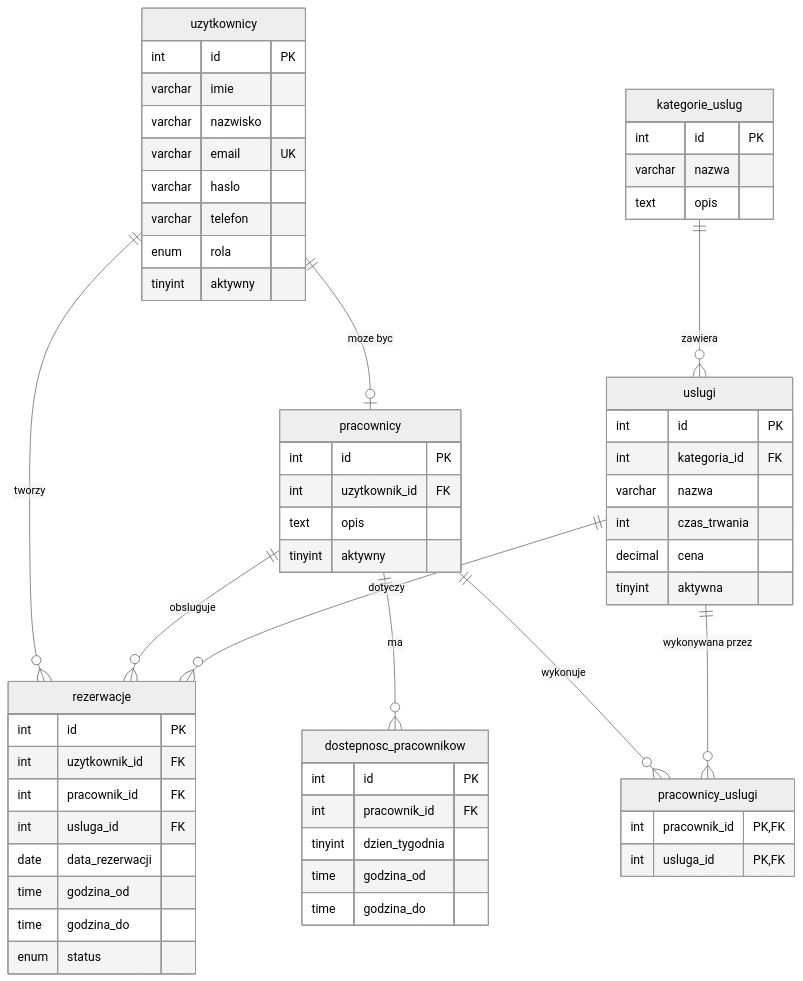
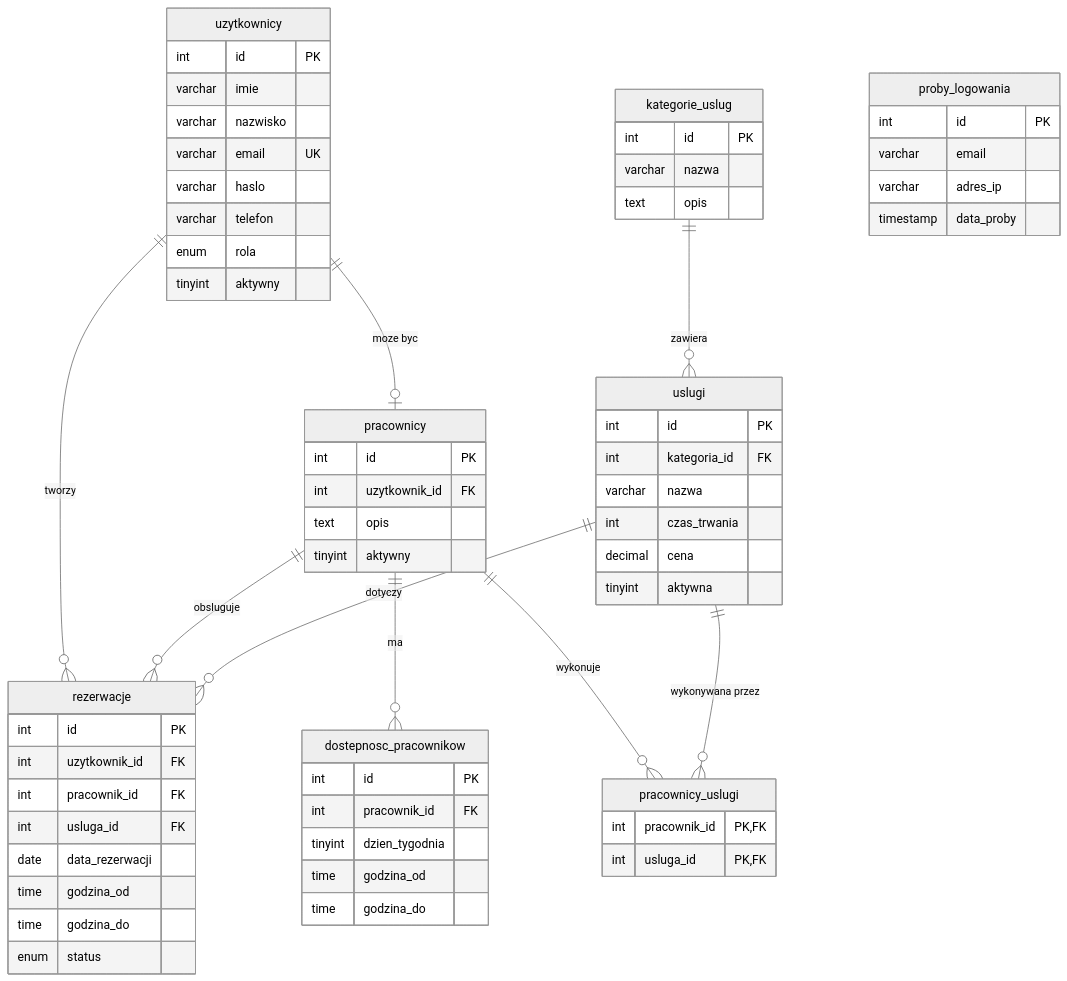
Before and after one commit to KirilShy/rezerwacja-uslug: the diagram in database/erd.md, drawn with Mermaid (neutral theme). The commit also changed 2 other files, not shown here.

Commit message:
Limit prob logowania

````diff
--- a/database/erd.md
+++ b/database/erd.md
@@ -3,68 +3,75 @@
 ```mermaid
 erDiagram
     uzytkownicy ||--o| pracownicy : "moze byc"
     uzytkownicy ||--o{ rezerwacje : "tworzy"
     pracownicy ||--o{ rezerwacje : "obsluguje"
     pracownicy ||--o{ dostepnosc_pracownikow : "ma"
     pracownicy ||--o{ pracownicy_uslugi : "wykonuje"
     uslugi ||--o{ pracownicy_uslugi : "wykonywana przez"
     uslugi ||--o{ rezerwacje : "dotyczy"
     kategorie_uslug ||--o{ uslugi : "zawiera"
 
     uzytkownicy {
         int id PK
         varchar imie
         varchar nazwisko
         varchar email UK
         varchar haslo
         varchar telefon
         enum rola
         tinyint aktywny
     }
 
     pracownicy {
         int id PK
         int uzytkownik_id FK
         text opis
         tinyint aktywny
     }
 
     kategorie_uslug {
         int id PK
         varchar nazwa
         text opis
     }
 
     uslugi {
         int id PK
         int kategoria_id FK
         varchar nazwa
         int czas_trwania
         decimal cena
         tinyint aktywna
     }
 
     pracownicy_uslugi {
         int pracownik_id PK, FK
         int usluga_id PK, FK
     }
 
     dostepnosc_pracownikow {
         int id PK
         int pracownik_id FK
         tinyint dzien_tygodnia
         time godzina_od
         time godzina_do
     }
 
     rezerwacje {
         int id PK
         int uzytkownik_id FK
         int pracownik_id FK
         int usluga_id FK
         date data_rezerwacji
         time godzina_od
         time godzina_do
         enum status
     }
+
+    proby_logowania {
+        int id PK
+        varchar email
+        varchar adres_ip
+        timestamp data_proby
+    }
 ```
````
